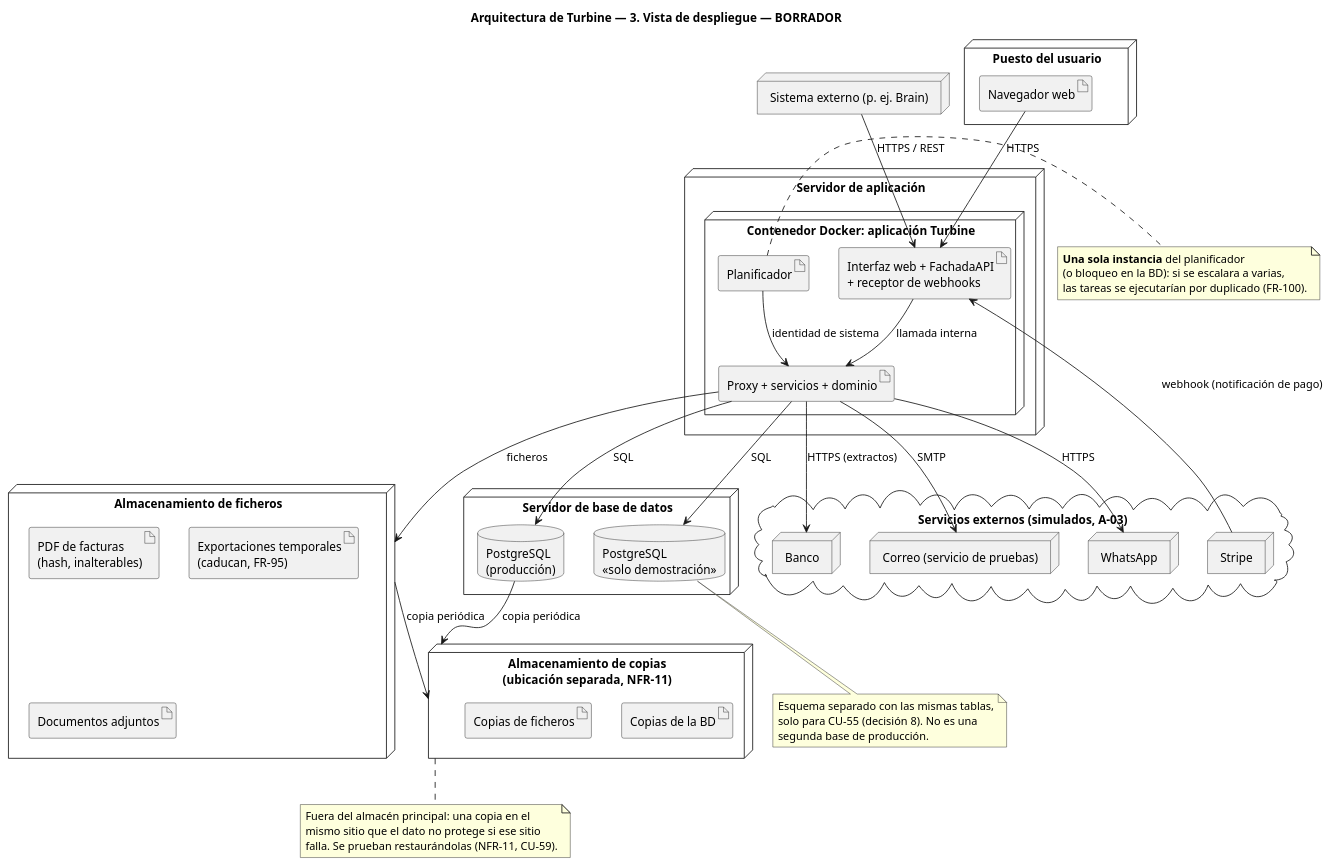
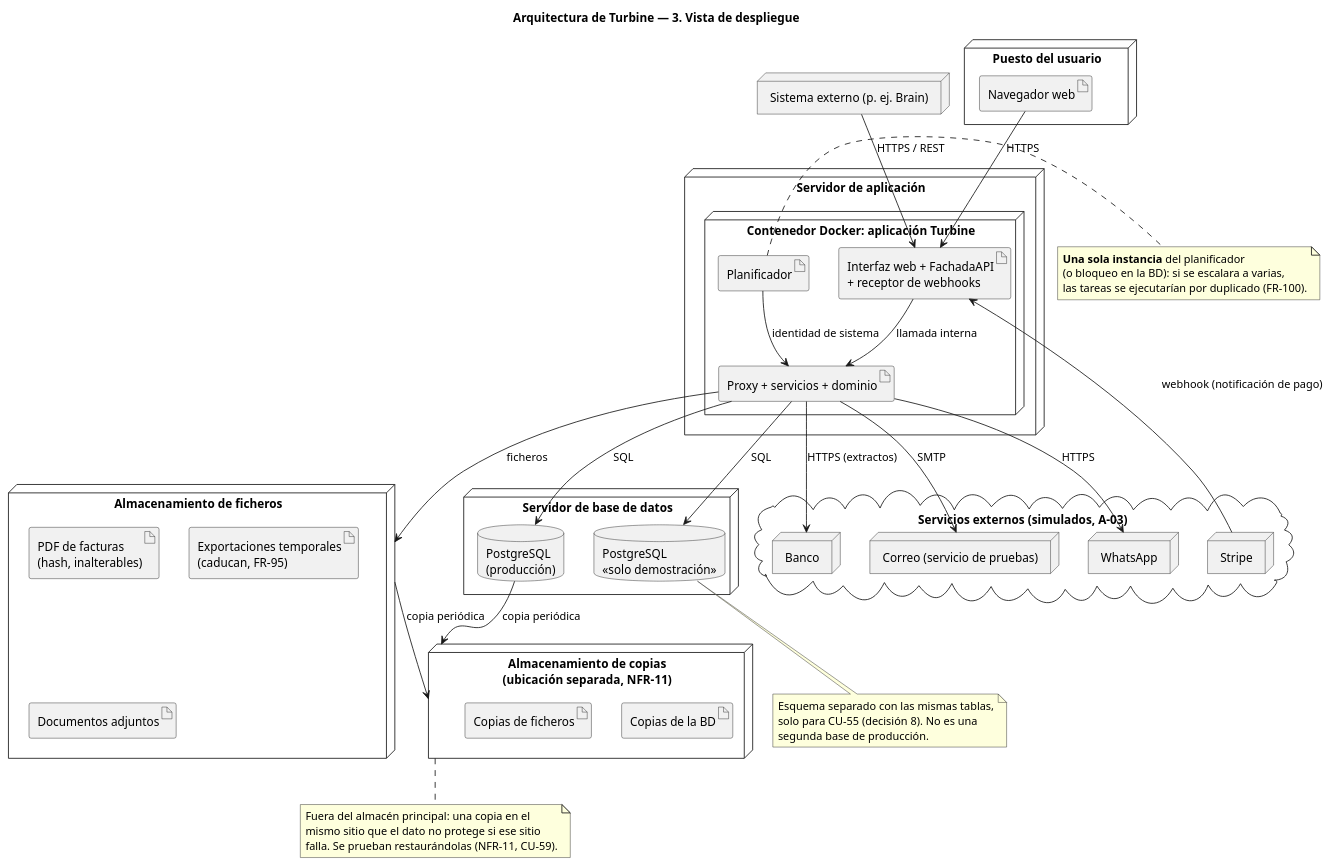
One commit to naybetaomar/AyDA-ProyectoBebes changed the diagram in Entrega2_GrupoBebes/entrega2/diagramas/arquitectura/arquitectura_3_despliegue.puml. Above: the diagram before and after it, drawn with PlantUML. The commit also changed 10 other files, not shown here.

Commit message:
Limpieza de diagramas de arquitectura

```diff
--- a/Entrega2_GrupoBebes/entrega2/diagramas/arquitectura/arquitectura_3_despliegue.puml
+++ b/Entrega2_GrupoBebes/entrega2/diagramas/arquitectura/arquitectura_3_despliegue.puml
@@ -1,72 +1,72 @@
 @startuml arquitectura_3_despliegue
-title Arquitectura de Turbine — 3. Vista de despliegue — BORRADOR
+title Arquitectura de Turbine — 3. Vista de despliegue
 
 node "Puesto del usuario" {
   artifact "Navegador web" as Nav
 }
 
 node "Sistema externo (p. ej. Brain)" as Ext
 
 node "Servidor de aplicación" {
   node "Contenedor Docker: aplicación Turbine" {
     artifact "Interfaz web + FachadaAPI\n+ receptor de webhooks" as App1
     artifact "Proxy + servicios + dominio" as App2
     artifact "Planificador" as App3
   }
 }
 
 node "Servidor de base de datos" {
   database "PostgreSQL\n(producción)" as BD
   database "PostgreSQL\n<<solo demostración>>" as BDDemo
 }
 
 node "Almacenamiento de ficheros" as FS {
   artifact "PDF de facturas\n(hash, inalterables)"
   artifact "Exportaciones temporales\n(caducan, FR-95)"
   artifact "Documentos adjuntos"
 }
 
 node "Almacenamiento de copias\n(ubicación separada, NFR-11)" as Copias {
   artifact "Copias de la BD"
   artifact "Copias de ficheros"
 }
 
 cloud "Servicios externos (simulados, A-03)" {
   node "Stripe" as Stripe
   node "Banco" as Banco
   node "Correo (servicio de pruebas)" as Correo
   node "WhatsApp" as WA
 }
 
 Nav --> App1 : HTTPS
 Ext --> App1 : HTTPS / REST
 Stripe --> App1 : webhook (notificación de pago)
 App1 --> App2 : llamada interna
 App3 --> App2 : identidad de sistema
 App2 --> BD : SQL
 App2 --> BDDemo : SQL
 App2 --> FS : ficheros
 App2 --> Banco : HTTPS (extractos)
 App2 --> Correo : SMTP
 App2 --> WA : HTTPS
 BD --> Copias : copia periódica
 FS --> Copias : copia periódica
 
 note right of App3
   **Una sola instancia** del planificador
   (o bloqueo en la BD): si se escalara a varias,
   las tareas se ejecutarían por duplicado (FR-100).
 end note
 
 note bottom of BDDemo
   Esquema separado con las mismas tablas,
   solo para CU-55 (decisión 8). No es una
   segunda base de producción.
 end note
 
 note bottom of Copias
   Fuera del almacén principal: una copia en el
   mismo sitio que el dato no protege si ese sitio
   falla. Se prueban restaurándolas (NFR-11, CU-59).
 end note
 @enduml
```
